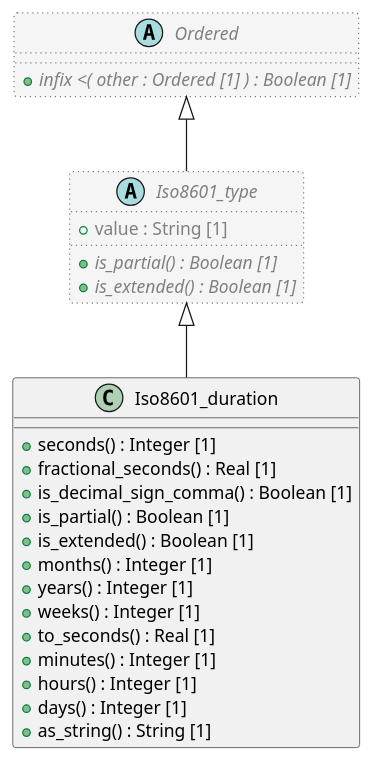
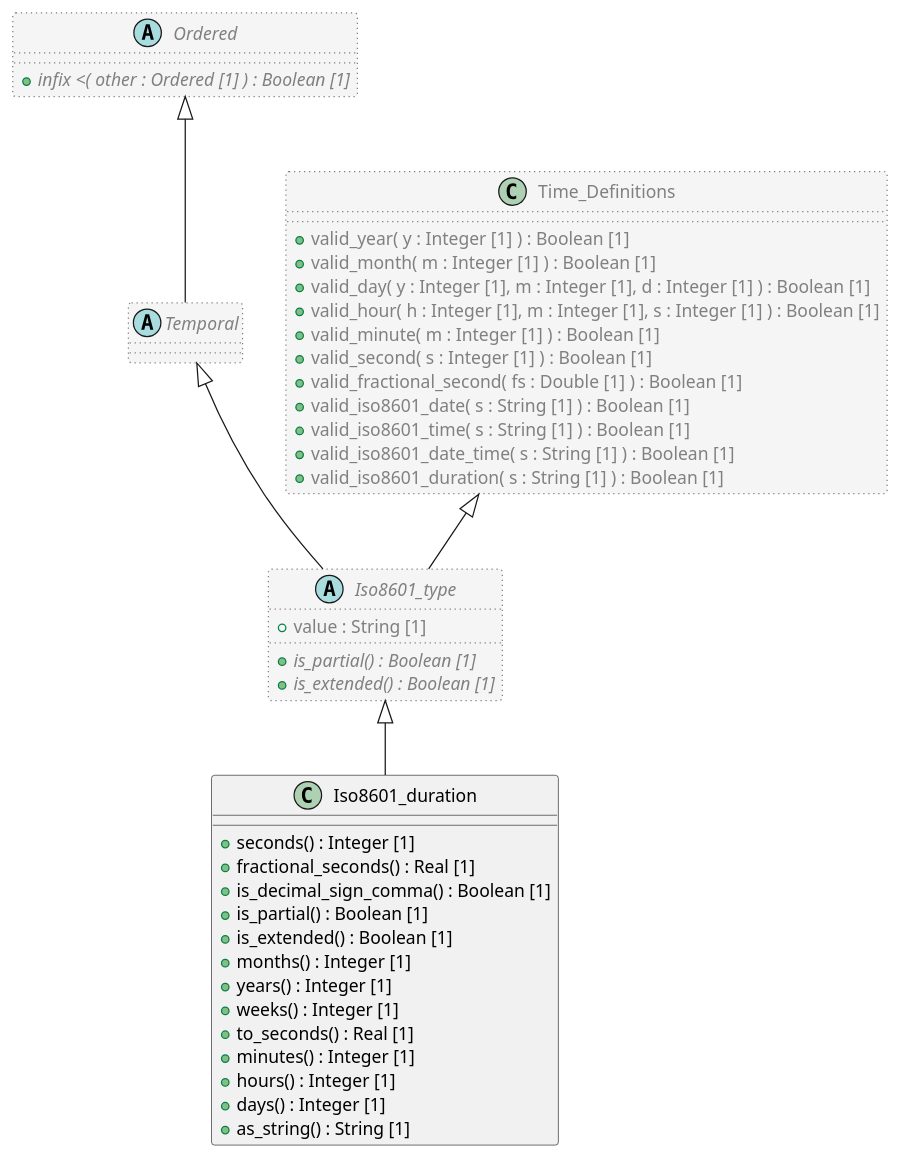
The diagram in code/Adoc/openehr_base_1.1.0/plantUML/classes/org.openehr.base.foundation_types.iso8601_duration.adoc (sebastian-iancu/code-generator), drawn with PlantUML before and after one commit. The commit also changed 719 other files, not shown here.

```diff
--- a/code/Adoc/openehr_base_1.1.0/plantUML/classes/org.openehr.base.foundation_types.iso8601_duration.adoc
+++ b/code/Adoc/openehr_base_1.1.0/plantUML/classes/org.openehr.base.foundation_types.iso8601_duration.adoc
@@ -1,37 +1,58 @@
 [plantuml,Iso8601_duration,format=svg,svg-type="inline"]
 -----
 @startuml
 
 class Iso8601_duration {
   + seconds() : Integer [1]
   + fractional_seconds() : Real [1]
   + is_decimal_sign_comma() : Boolean [1]
   + is_partial() : Boolean [1]
   + is_extended() : Boolean [1]
   + months() : Integer [1]
   + years() : Integer [1]
   + weeks() : Integer [1]
   + to_seconds() : Real [1]
   + minutes() : Integer [1]
   + hours() : Integer [1]
   + days() : Integer [1]
   + as_string() : String [1]
 }
 
 abstract class Iso8601_type  #whitesmoke;line:gray;line.dotted;text:gray {
   + value : String [1]
   + {abstract} is_partial() : Boolean [1]
   + {abstract} is_extended() : Boolean [1]
 }
 
+abstract class Temporal  #whitesmoke;line:gray;line.dotted;text:gray {
+}
+
 abstract class Ordered  #whitesmoke;line:gray;line.dotted;text:gray {
   + {abstract} infix <( other : Ordered [1] ) : Boolean [1]
 }
 
-Ordered <|-- Iso8601_type
+Ordered <|-- Temporal
+
+Temporal <|-- Iso8601_type
+
+class Time_Definitions  #whitesmoke;line:gray;line.dotted;text:gray {
+  + valid_year( y : Integer [1] ) : Boolean [1]
+  + valid_month( m : Integer [1] ) : Boolean [1]
+  + valid_day( y : Integer [1], m : Integer [1], d : Integer [1] ) : Boolean [1]
+  + valid_hour( h : Integer [1], m : Integer [1], s : Integer [1] ) : Boolean [1]
+  + valid_minute( m : Integer [1] ) : Boolean [1]
+  + valid_second( s : Integer [1] ) : Boolean [1]
+  + valid_fractional_second( fs : Double [1] ) : Boolean [1]
+  + valid_iso8601_date( s : String [1] ) : Boolean [1]
+  + valid_iso8601_time( s : String [1] ) : Boolean [1]
+  + valid_iso8601_date_time( s : String [1] ) : Boolean [1]
+  + valid_iso8601_duration( s : String [1] ) : Boolean [1]
+}
+
+Time_Definitions <|-- Iso8601_type
 
 Iso8601_type <|-- Iso8601_duration
 
 
 @enduml
 -----
```
